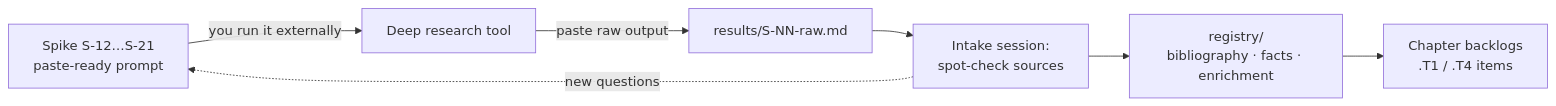
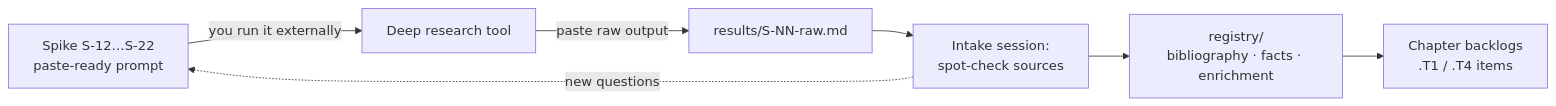
One commit to Israel-Laguan/marco-polo-reimagined changed the diagram in book/plans/research/README.md. Above: the diagram before and after it, drawn with Mermaid. The commit also changed other lines of this file and 3 other files, not shown here.

First line of the commit message:
S-22: deep-research spike for modern-media visual references

````diff
--- a/book/plans/research/README.md
+++ b/book/plans/research/README.md
@@ -13,9 +13,9 @@
 ```mermaid
 flowchart LR
-  P[Spike S-12…S-21<br/>paste-ready prompt] -->|you run it externally| X[Deep research tool]
+  P[Spike S-12…S-22<br/>paste-ready prompt] -->|you run it externally| X[Deep research tool]
   X -->|paste raw output| R[results/S-NN-raw.md]
   R --> C[Intake session:<br/>spot-check sources]
   C --> G[registry/<br/>bibliography · facts · enrichment]
   G --> B[Chapter backlogs<br/>.T1 / .T4 items]
   C -.new questions.-> P
 ```
````
